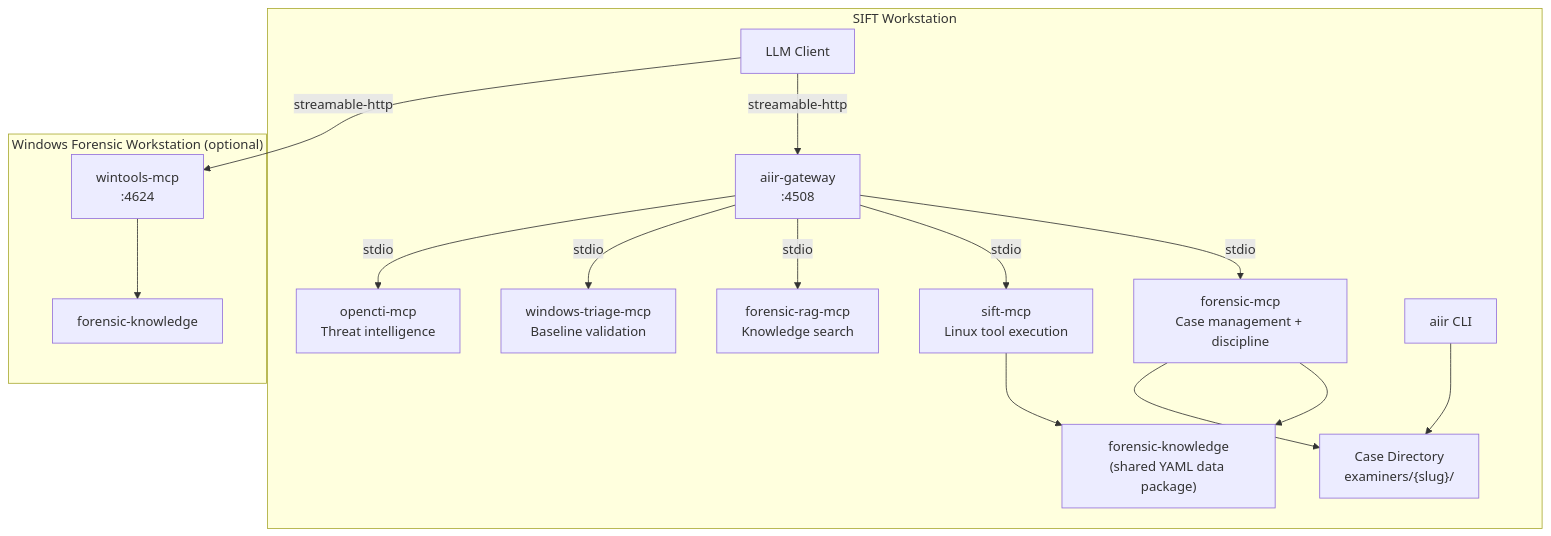
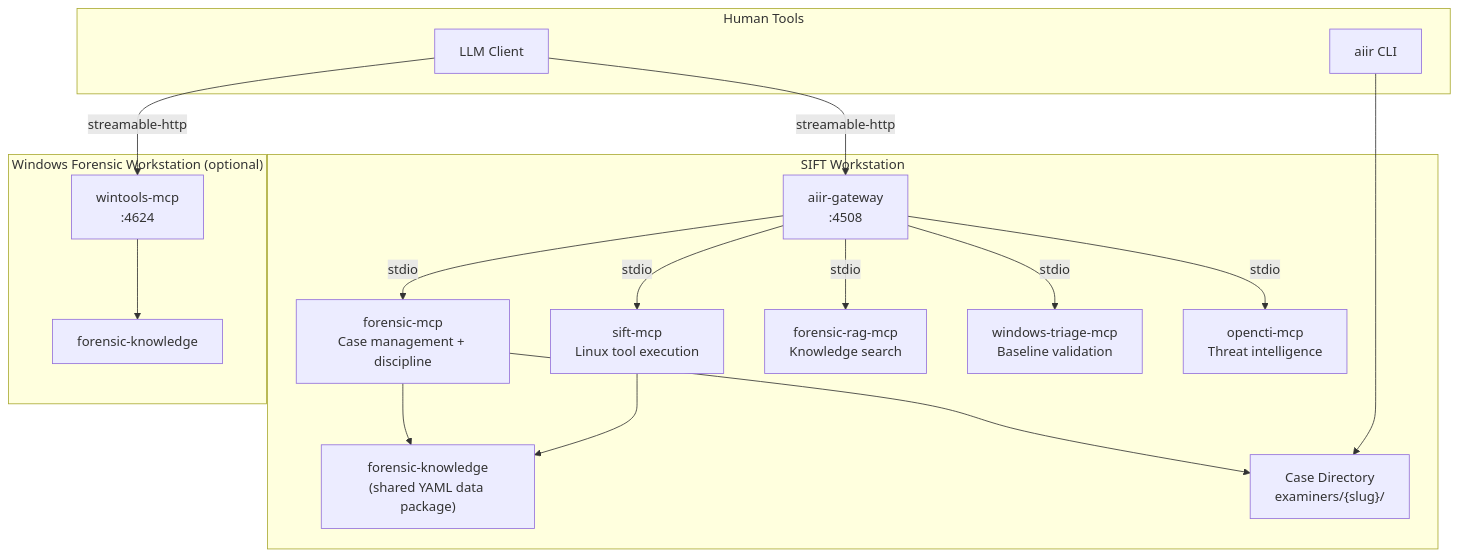
One commit to AppliedIR/aiir changed the first of 5 diagrams in README.md. Above: the diagram before and after it, drawn with Mermaid.

Commit message:
component map: separate Human Tools subgraph for LLM Client and CLI

````diff
--- a/README.md
+++ b/README.md
@@ -11,35 +11,37 @@
 ```mermaid
 graph TB
-    subgraph sift ["SIFT Workstation"]
+    subgraph human ["Human Tools"]
         CC["LLM Client"]
         CLI["aiir CLI"]
-        CC ~~~ CLI
+    end
+
+    subgraph sift ["SIFT Workstation"]
         GW["aiir-gateway<br/>:4508"]
         FM["forensic-mcp<br/>Case management + discipline"]
         SM["sift-mcp<br/>Linux tool execution"]
         FR["forensic-rag-mcp<br/>Knowledge search"]
         WTR["windows-triage-mcp<br/>Baseline validation"]
         OC["opencti-mcp<br/>Threat intelligence"]
         FK["forensic-knowledge<br/>(shared YAML data package)"]
         CASE["Case Directory<br/>examiners/{slug}/"]
 
-        CC -->|"streamable-http"| GW
         GW -->|stdio| FM
         GW -->|stdio| SM
         GW -->|stdio| FR
         GW -->|stdio| WTR
         GW -->|stdio| OC
         FM --> FK
         SM --> FK
         FM --> CASE
-        CLI --> CASE
     end
 
     subgraph winbox ["Windows Forensic Workstation (optional)"]
         WT["wintools-mcp<br/>:4624"]
         FK2["forensic-knowledge"]
         WT --> FK2
     end
 
+    CC -->|"streamable-http"| GW
     CC -->|"streamable-http"| WT
+    CLI --> CASE
 ```
````
